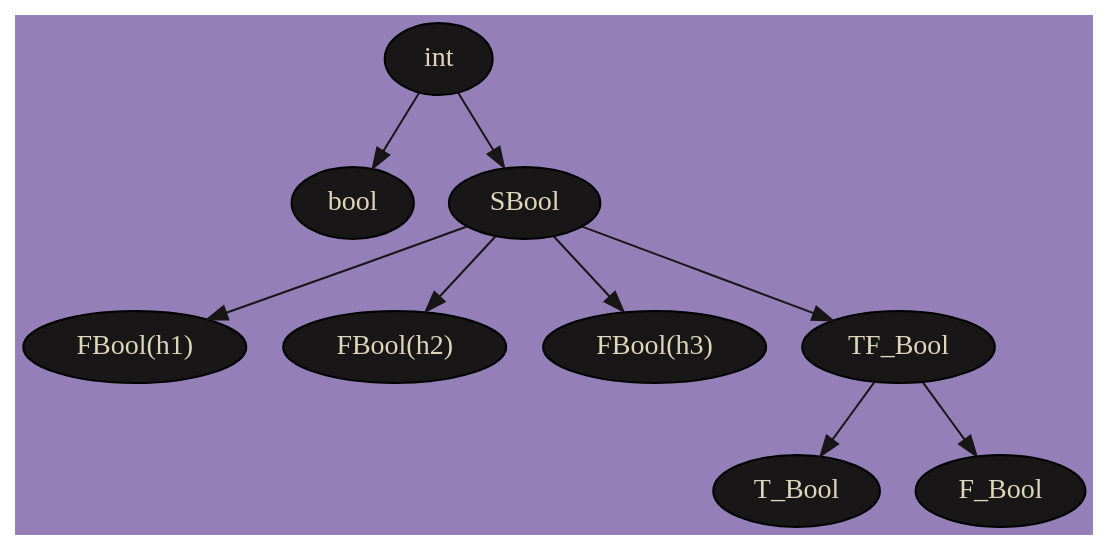
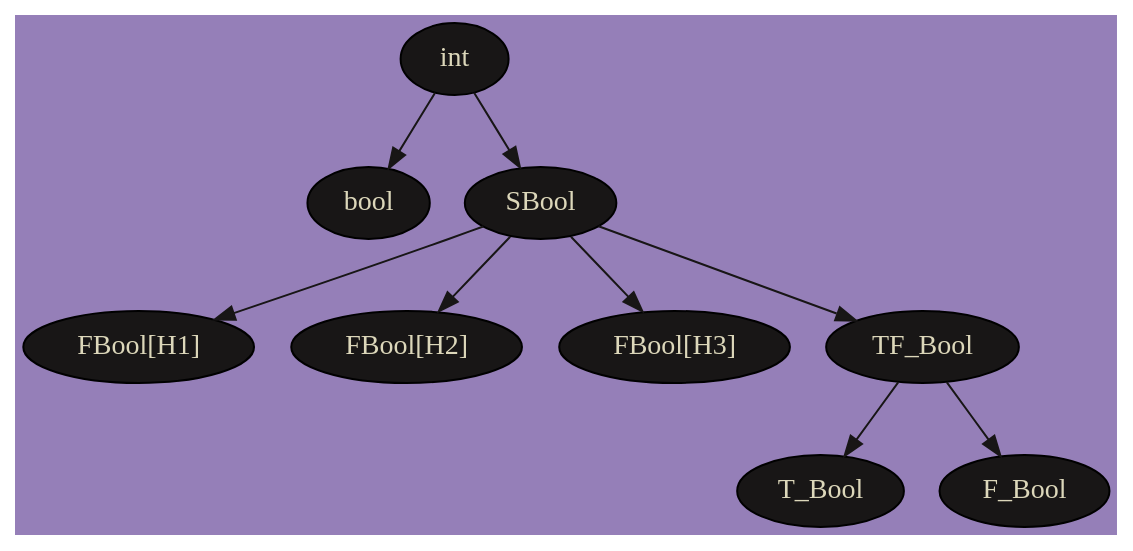
One commit to grscheller/pythonic-fp-booleans changed the diagram in docs/source/description.rst. Above: the diagram before and after it, drawn with Graphviz. The commit also changed 13 other files, not shown here.

```diff
--- a/docs/source/description.rst
+++ b/docs/source/description.rst
@@ -11,15 +11,15 @@
 .. graphviz::
 
     digraph Booleans {
         bgcolor="#957fb8";
         node [style=filled, fillcolor="#181616", fontcolor="#dcd7ba"];
         edge [color="#181616", fontcolor="#dcd7ba"];
         int -> bool;
         int -> SBool;
-        SBool -> "FBool(h1)";
-        SBool -> "FBool(h2)";
-        SBool -> "FBool(h3)";
+        SBool -> "FBool[H1]";
+        SBool -> "FBool[H2]";
+        SBool -> "FBool[H3]";
         SBool -> TF_Bool;
         TF_Bool -> T_Bool;
         TF_Bool -> F_Bool;
     }
```
